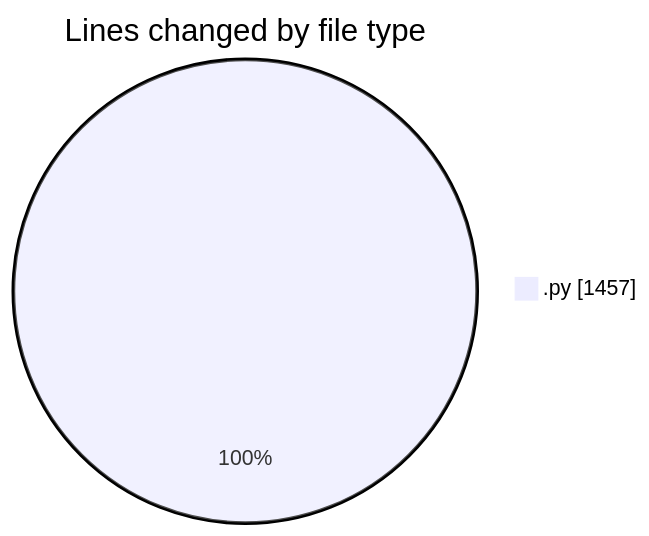
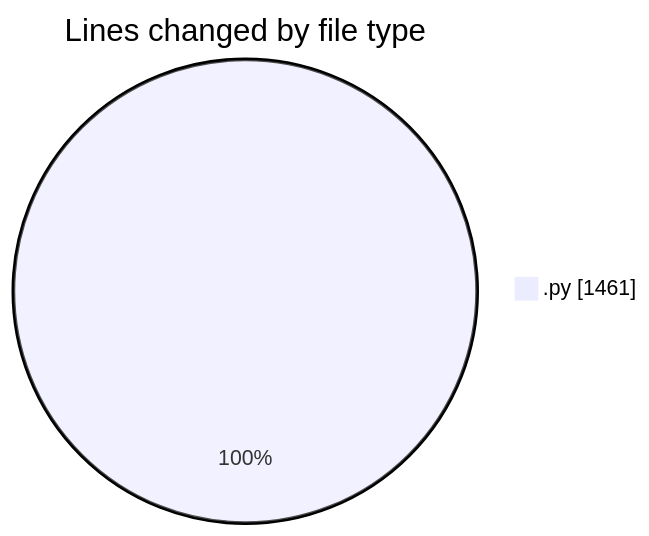
The first of 2 diagrams in 2026-07-06/wp-content/README.md (debugP/code-tracking), drawn with Mermaid before and after one commit. The commit also changed other lines of this file and 1 other file, not shown here.

````diff
--- a/2026-07-06/wp-content/README.md
+++ b/2026-07-06/wp-content/README.md
@@ -21,5 +21,5 @@
 ```mermaid
 pie showData
 title Lines changed by file type
-".py" : 1457
+".py" : 1461
 ```
````
